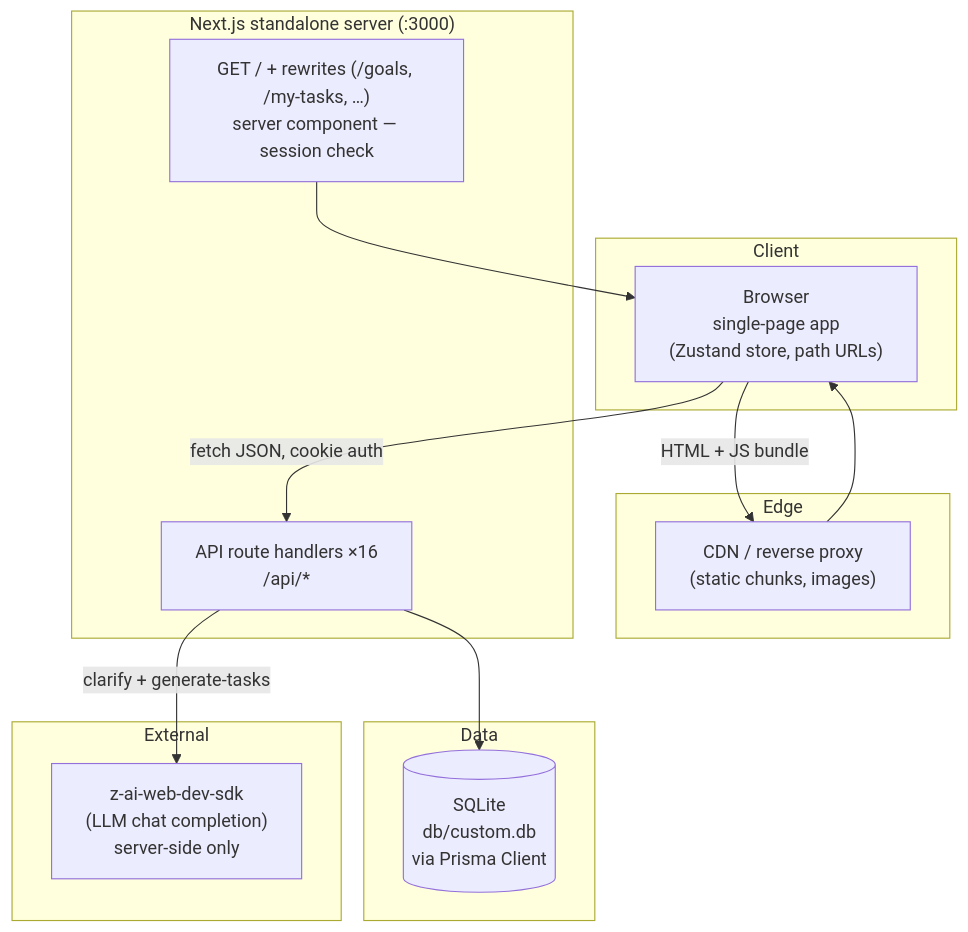
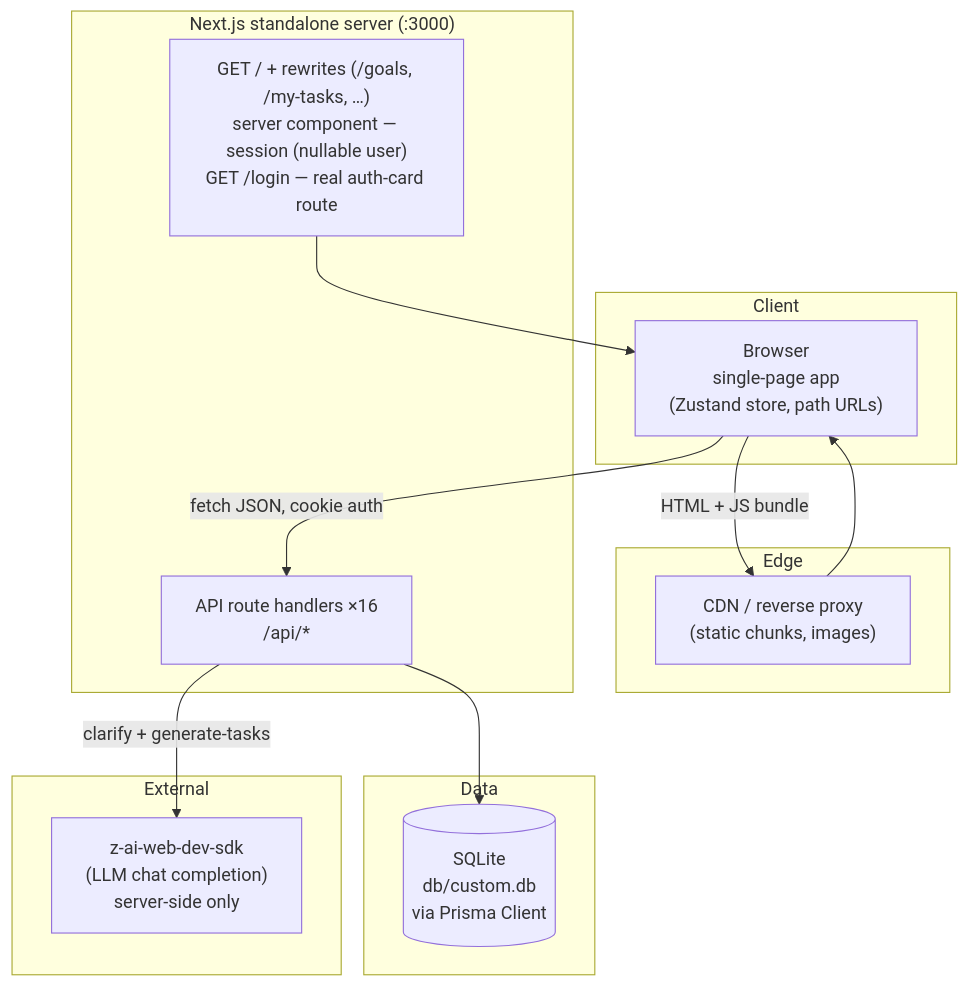
One commit to nordeim/project-management changed the first of 2 diagrams in Project_Architecture_Document.md. Above: the diagram before and after it, drawn with Mermaid. The commit also changed other lines of this file and 19 other files, not shown here.

Commit message:
:memo: docs: align all docs with the v1.4 remediated codebase — neumorphic tokens, /login route, calendar seam, refreshed screenshots, session_5 log

````diff
--- a/Project_Architecture_Document.md
+++ b/Project_Architecture_Document.md
@@ -165,25 +173,25 @@
 ```mermaid
 flowchart TB
     subgraph Client
         B["Browser<br/>single-page app<br/>(Zustand store, path URLs)"]
     end
     subgraph Edge
         C["CDN / reverse proxy<br/>(static chunks, images)"]
     end
     subgraph App["Next.js standalone server (:3000)"]
-        P["GET / + rewrites (/goals, /my-tasks, …)<br/>server component — session check"]
+        P["GET / + rewrites (/goals, /my-tasks, …)<br/>server component — session (nullable user)<br/>GET /login — real auth-card route"]
         A["API route handlers ×16<br/>/api/*"]
     end
     subgraph Data
         D[("SQLite<br/>db/custom.db<br/>via Prisma Client")]
     end
     subgraph External
         Z["z-ai-web-dev-sdk<br/>(LLM chat completion)<br/>server-side only"]
     end
     B -->|"HTML + JS bundle"| C
     B -->|"fetch JSON, cookie auth"| A
     C --> B
     P --> B
     A --> D
     A -->|"clarify + generate-tasks"| Z
 ```
````
